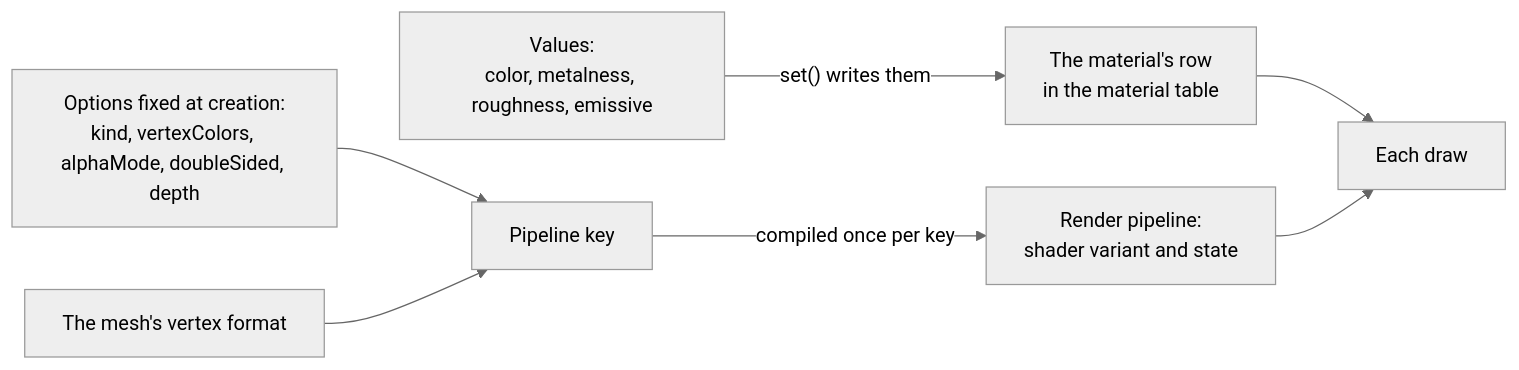
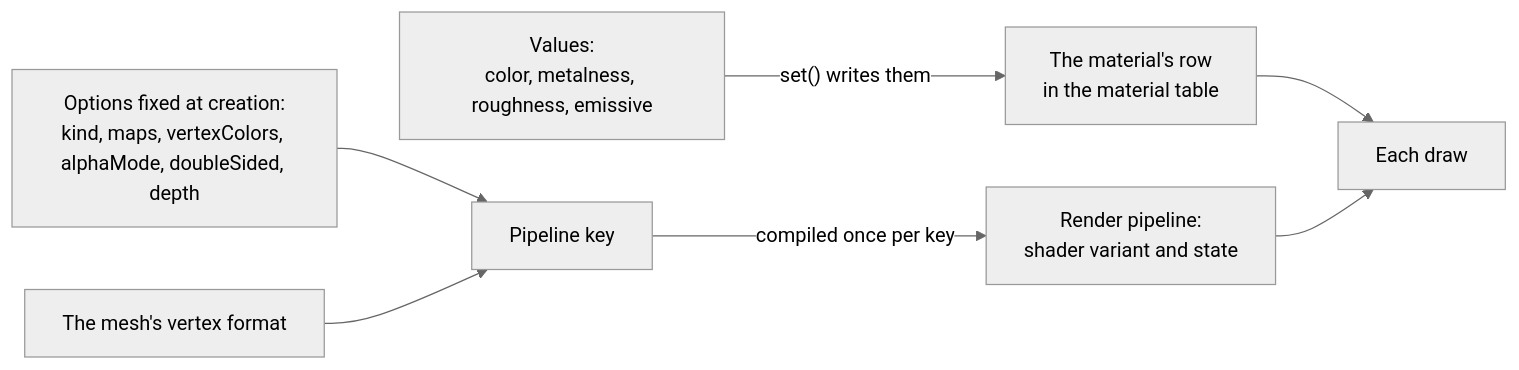
Before and after one commit to null3d-engine/null3d: the diagram in docs/concepts/materials.md, drawn with Mermaid (neutral theme).

Commit message:
docs(concepts): list texture maps among the options fixed at creation
Docs-Checked: updated the diagram of docs/concepts/materials.md; re-read its table of fixed options, which lists texture maps already

Task: M1-D5

````diff
--- a/docs/concepts/materials.md
+++ b/docs/concepts/materials.md
@@ -13,9 +13,9 @@
 ```mermaid
 flowchart LR
     values["Values:<br/>color, metalness, roughness, emissive"] -->|"set() writes them"| row["The material's row<br/>in the material table"]
-    fixed["Options fixed at creation:<br/>kind, vertexColors, alphaMode, doubleSided, depth"] --> key["Pipeline key"]
+    fixed["Options fixed at creation:<br/>kind, maps, vertexColors, alphaMode, doubleSided, depth"] --> key["Pipeline key"]
     format["The mesh's vertex format"] --> key
     key -->|"compiled once per key"| pipeline["Render pipeline:<br/>shader variant and state"]
     row --> draw["Each draw"]
     pipeline --> draw
 ```
````
